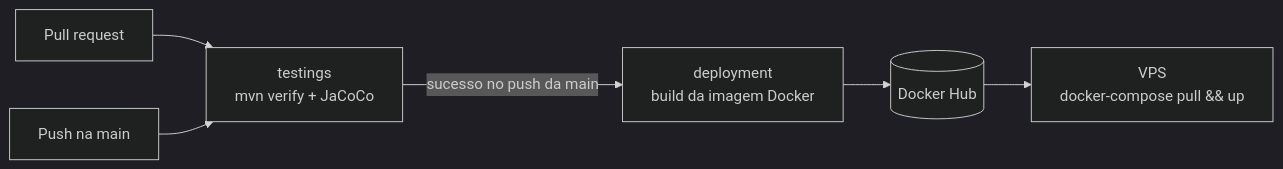
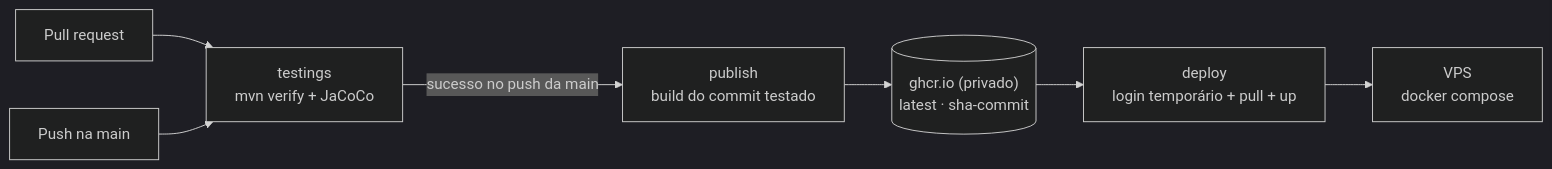
Before and after one commit to erikomis/production-review-api: the second of 2 diagrams in README.md, drawn with Mermaid (dark theme). The commit also changed other lines of this file, not shown here.

Commit message:
docs: document GHCR pipeline and deploy setup

````diff
--- a/README.md
+++ b/README.md
@@ -332,7 +334,9 @@
 ```mermaid
 flowchart LR
     PR["Pull request"] --> T["testings<br/>mvn verify + JaCoCo"]
     Push["Push na main"] --> T
-    T -->|sucesso no push da main| D["deployment<br/>build da imagem Docker"]
-    D --> Hub[("Docker Hub")] --> VPS["VPS<br/>docker-compose pull && up"]
+    T -->|sucesso no push da main| P["publish<br/>build do commit testado"]
+    P --> GHCR[("ghcr.io (privado)<br/>latest · sha-commit")]
+    GHCR --> D["deploy<br/>login temporário + pull + up"]
+    D --> VPS["VPS<br/>docker compose"]
 ```
````
